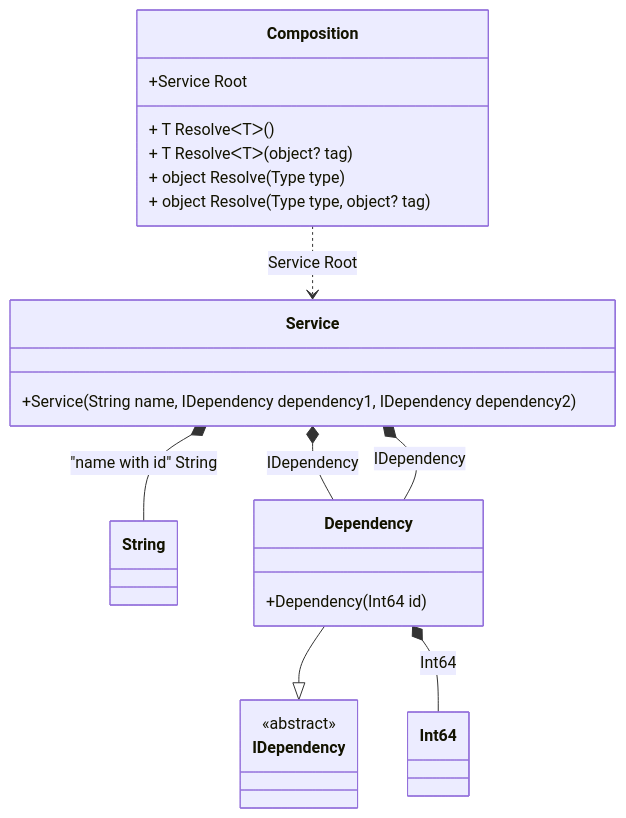
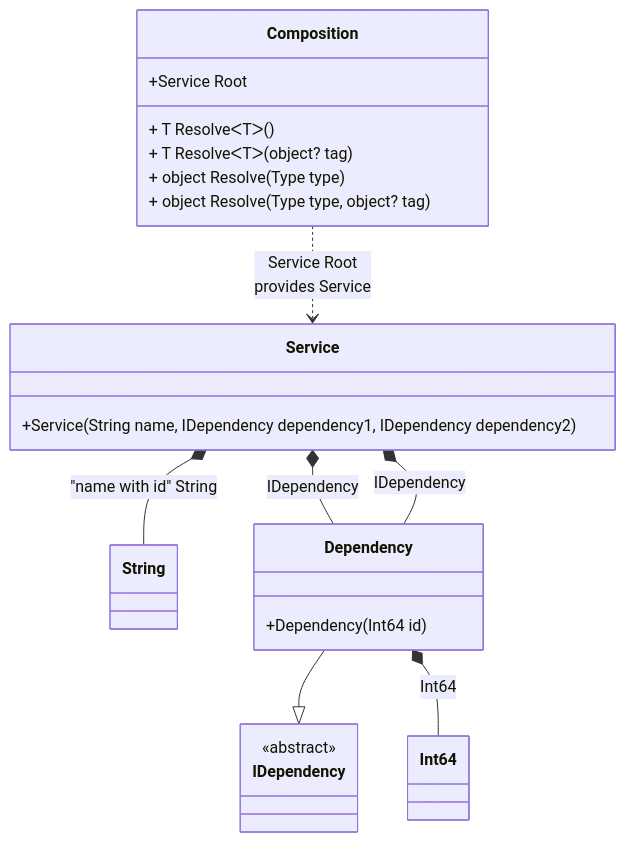
The diagram in readme/partial-class.md (DevTeam/Pure.DI), drawn with Mermaid before and after one commit. The commit also changed other lines of this file and 73 other files, not shown here.

````diff
--- a/readme/partial-class.md
+++ b/readme/partial-class.md
@@ -71,27 +71,27 @@
 ```mermaid
 classDiagram
   class Composition {
     +Service Root
     + T ResolveᐸTᐳ()
     + T ResolveᐸTᐳ(object? tag)
     + object Resolve(Type type)
     + object Resolve(Type type, object? tag)
   }
   class Service {
     +Service(String name, IDependency dependency1, IDependency dependency2)
   }
   class Int64
   class String
   Dependency --|> IDependency : 
   class Dependency {
     +Dependency(Int64 id)
   }
   class IDependency {
     <<abstract>>
   }
   Service *--  String : "name with id"  String
   Service *--  Dependency : IDependency
   Service *--  Dependency : IDependency
   Dependency *--  Int64 : Int64
-  Composition ..> Service : Service Root
+  Composition ..> Service : Service Root<br/>provides Service
 ```
````
